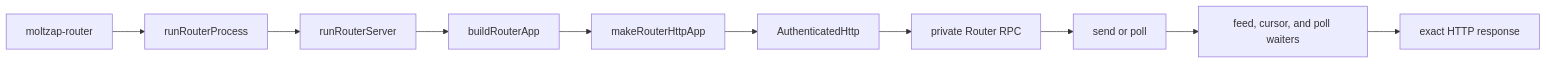
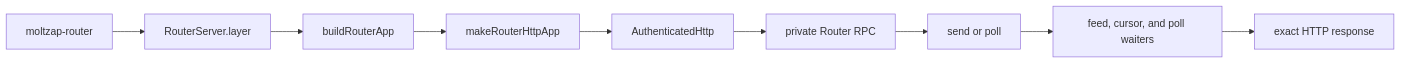
The diagram in docs/modules/router/src.mdx (chughtapan/moltzap), drawn with Mermaid before and after one commit. The commit also changed other lines of this file and 3 other files, not shown here.

````diff
--- a/docs/modules/router/src.mdx
+++ b/docs/modules/router/src.mdx
@@ -336,12 +336,11 @@
 ```mermaid
 flowchart LR
-  Binary["moltzap-router"] --> Process["runRouterProcess"]
-  Process --> Server["runRouterServer"]
+  Binary["moltzap-router"] --> Server["RouterServer.layer"]
   Server --> App["buildRouterApp"]
   App --> Http["makeRouterHttpApp"]
   Http --> Authentication["AuthenticatedHttp"]
   Authentication --> Rpc["private Router RPC"]
   Rpc --> Operations["send or poll"]
   Operations --> State["feed, cursor, and poll waiters"]
   State --> Response["exact HTTP response"]
 ```
````
